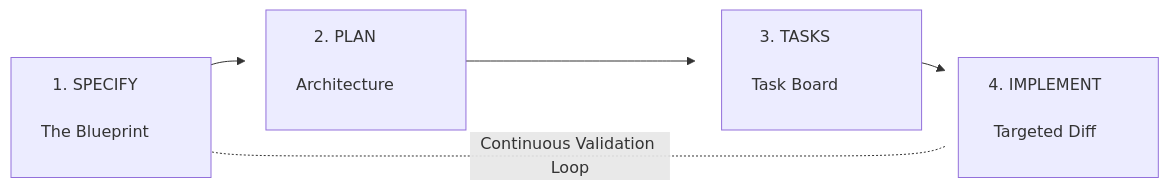
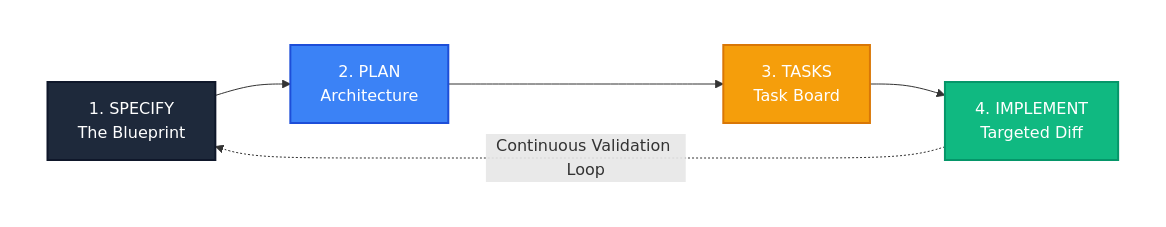
Before and after one commit to dimk1301/Guides: the first of 2 diagrams in SSD-Guide.md, drawn with Mermaid.

````diff
--- a/SSD-Guide.md
+++ b/SSD-Guide.md
@@ -31,12 +31,20 @@
 ```mermaid
-flowchart LR
-    A["1. SPECIFY<br/><br/>The Blueprint"] --> B["2. PLAN<br/><br/>Architecture"]
-    B --> C["3. TASKS<br/><br/>Task Board"]
-    C --> D["4. IMPLEMENT<br/><br/>Targeted Diff"]
-    D -.->|Continuous Validation Loop| A
+flowchart TD
+    %% Row (Left to Right)
+    subgraph Row1 [" "]
+        direction LR
+        1[1. SPECIFY<br/>The Blueprint] --> 2[2. PLAN<br/>Architecture] --> 3[3. TASKS<br/>Task Board] --> 4[4. IMPLEMENT<br/>Targeted Diff]
+    end
 
-    style A height:120px,width:200px
-    style B height:120px,width:200px
-    style C height:120px,width:200px
-    style D height:120px,width:200px
+    %% Loop arrow closing back to the start
+    4 -.->|Continuous Validation Loop| 1
+
+    %% Hide container box
+    style Row1 fill:none,stroke:none
+
+    %% Styling
+    style 1 fill:#1E293B,stroke:#0F172A,stroke-width:2px,color:#fff
+    style 2 fill:#3B82F6,stroke:#1D4ED8,stroke-width:2px,color:#fff
+    style 3 fill:#F59E0B,stroke:#D97706,stroke-width:2px,color:#fff
+    style 4 fill:#10B981,stroke:#059669,stroke-width:2px,color:#fff
 ```
````
